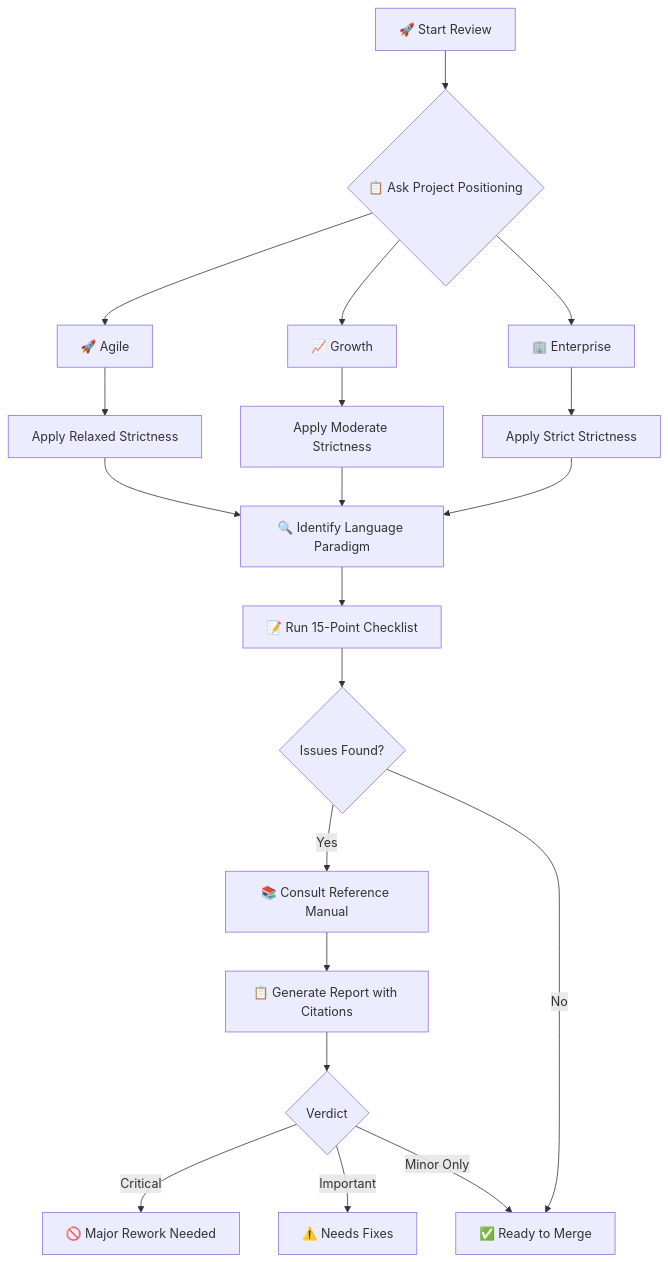
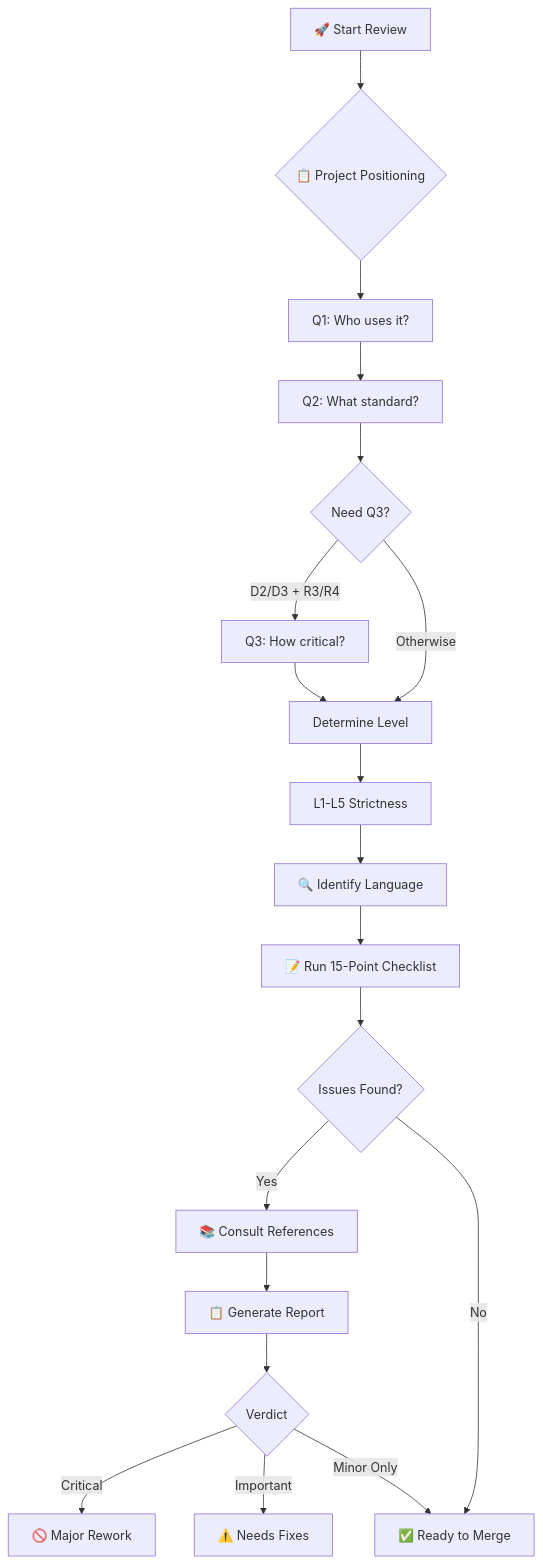
Before and after one commit to Zhen-Bo/pragmatic-clean-code-reviewer: the diagram in README.md, drawn with Mermaid. The commit also changed other lines of this file and 12 other files, not shown here.

````diff
--- a/README.md
+++ b/README.md
@@ -40,28 +40,26 @@
 ```mermaid
 flowchart TD
-    A[🚀 Start Review] --> B{📋 Ask Project Positioning}
-    B --> C[🚀 Agile]
-    B --> D[📈 Growth]
-    B --> E[🏢 Enterprise]
-
-    C --> F[Apply Relaxed Strictness]
-    D --> G[Apply Moderate Strictness]
-    E --> H[Apply Strict Strictness]
-
-    F --> I[🔍 Identify Language Paradigm]
-    G --> I
-    H --> I
-
+    A[🚀 Start Review] --> B{📋 Project Positioning}
+    B --> C[Q1: Who uses it?]
+    C --> D[Q2: What standard?]
+    D --> E{Need Q3?}
+    
+    E -->|D2/D3 + R3/R4| F[Q3: How critical?]
+    E -->|Otherwise| G[Determine Level]
+    F --> G
+    
+    G --> H[L1-L5 Strictness]
+    H --> I[🔍 Identify Language]
     I --> J[📝 Run 15-Point Checklist]
     J --> K{Issues Found?}
 
-    K -->|Yes| L[📚 Consult Reference Manual]
+    K -->|Yes| L[📚 Consult References]
     K -->|No| M[✅ Ready to Merge]
 
-    L --> N[📋 Generate Report with Citations]
+    L --> N[📋 Generate Report]
     N --> O{Verdict}
 
-    O -->|Critical| P[🚫 Major Rework Needed]
+    O -->|Critical| P[🚫 Major Rework]
     O -->|Important| Q[⚠️ Needs Fixes]
     O -->|Minor Only| M
 ```
````
